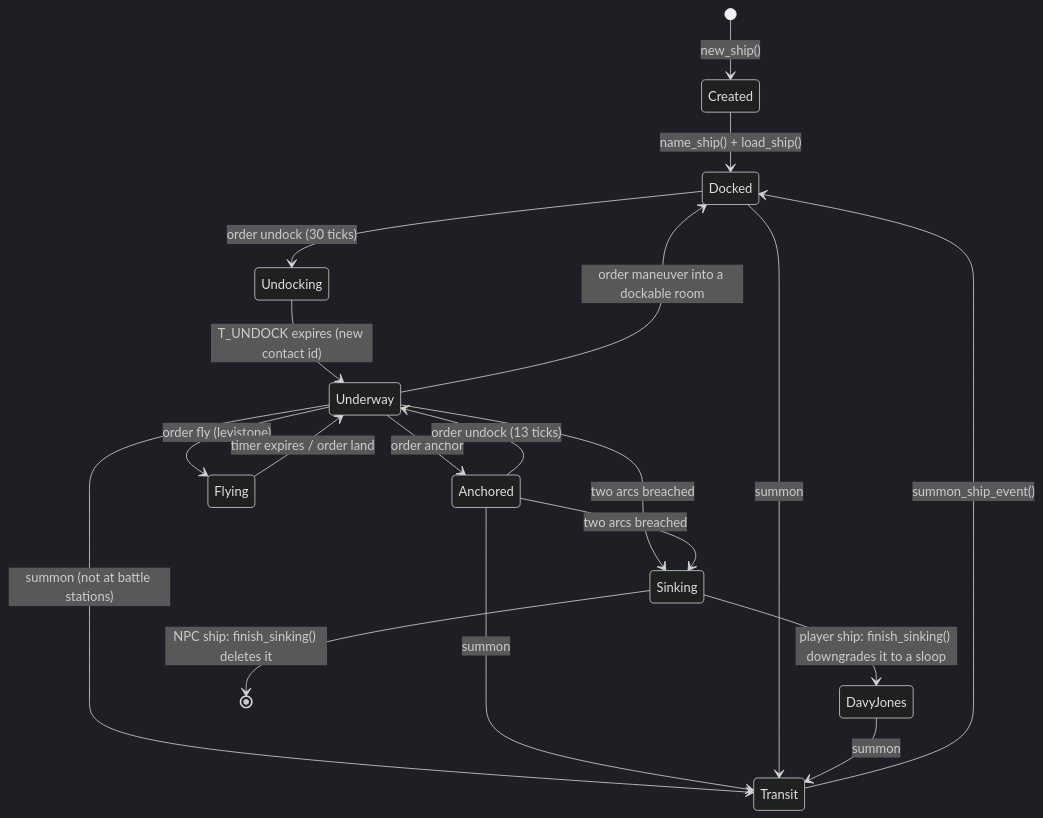
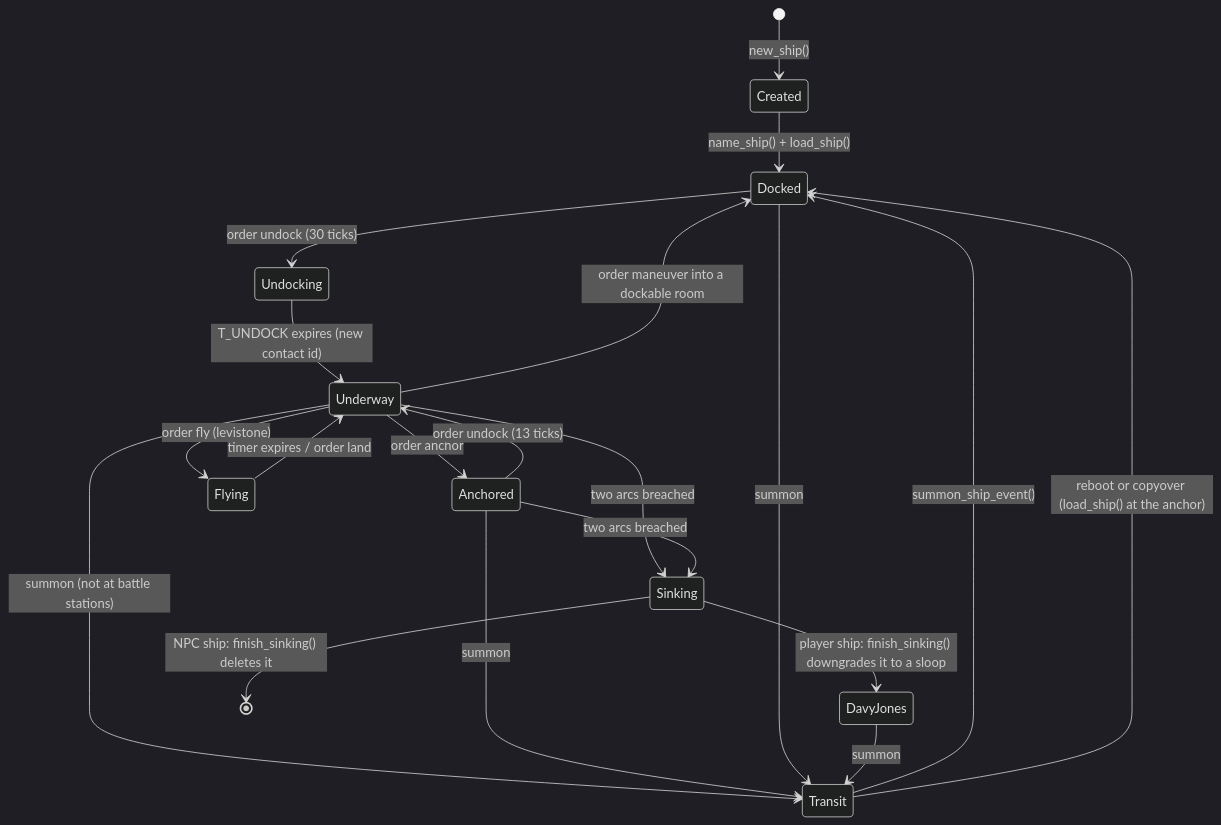
Before and after one commit to LuminariMUD/Duris: the diagram in docs/reference/SHIPS.md, drawn with Mermaid (dark theme). The commit also changed other lines of this file and 3 other files, not shown here.

````diff
--- a/docs/reference/SHIPS.md
+++ b/docs/reference/SHIPS.md
@@ -214,21 +214,22 @@
 ```mermaid
 stateDiagram-v2
     [*] --> Created: new_ship()
     Created --> Docked: name_ship() + load_ship()
     Docked --> Undocking: order undock (30 ticks)
     Undocking --> Underway: T_UNDOCK expires (new contact id)
     Underway --> Anchored: order anchor
     Anchored --> Underway: order undock (13 ticks)
     Underway --> Docked: order maneuver into a dockable room
     Underway --> Flying: order fly (levistone)
     Flying --> Underway: timer expires / order land
     Underway --> Transit: summon (not at battle stations)
     Anchored --> Transit: summon
     Docked --> Transit: summon
     Transit --> Docked: summon_ship_event()
+    Transit --> Docked: reboot or copyover (load_ship() at the anchor)
     Underway --> Sinking: two arcs breached
     Anchored --> Sinking: two arcs breached
     Sinking --> DavyJones: player ship: finish_sinking() downgrades it to a sloop
     DavyJones --> Transit: summon
     Sinking --> [*]: NPC ship: finish_sinking() deletes it
 ```
````
